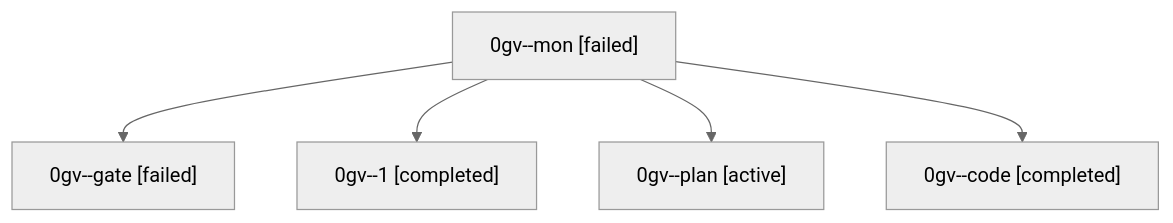
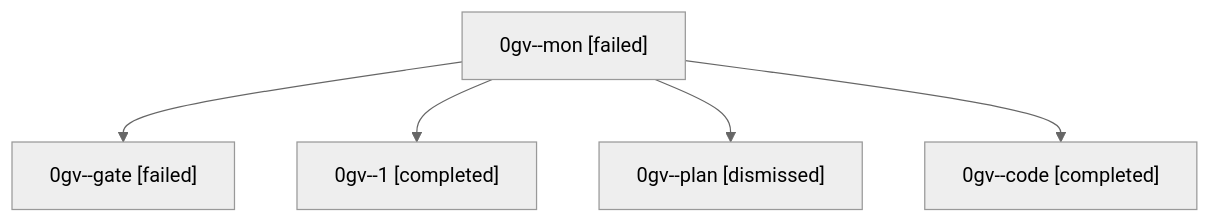
One commit to sase-org/sase--agents changed the diagram in sessions/bbugyi200.athena.0gv.md. Above: the diagram before and after it, drawn with Mermaid (neutral theme). The commit also changed other lines of this file and 24 other files, not shown here.

````diff
--- a/sessions/bbugyi200.athena.0gv.md
+++ b/sessions/bbugyi200.athena.0gv.md
@@ -9,12 +9,12 @@
 ```mermaid
 flowchart TD
   n0["0gv--mon [failed]"]
   n1["0gv--gate [failed]"]
   n0 --> n1
   n2["0gv--1 [completed]"]
   n0 --> n2
-  n3["0gv--plan [active]"]
+  n3["0gv--plan [dismissed]"]
   n0 --> n3
   n4["0gv--code [completed]"]
   n0 --> n4
 ```
````
